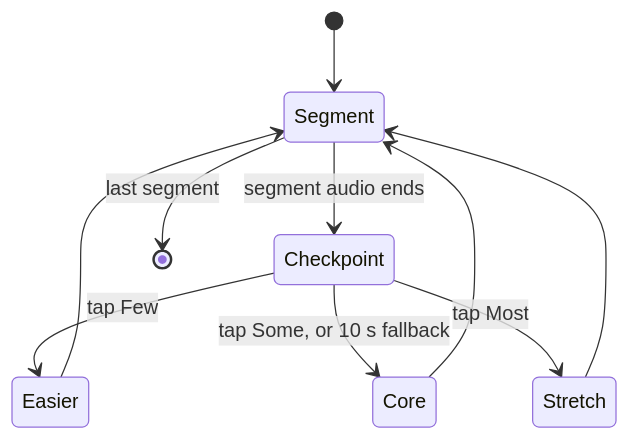
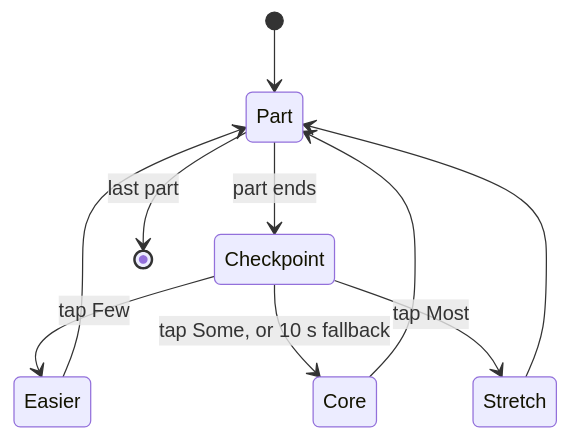
Before and after one commit to Harsha-code-per/Sahpaathi: the third of 3 diagrams in README.md, drawn with Mermaid. The commit also changed other lines of this file and 5 other files, not shown here.

````diff
--- a/README.md
+++ b/README.md
@@ -91,12 +85,12 @@
 ```mermaid
 stateDiagram-v2
-  [*] --> Segment
-  Segment --> Checkpoint: segment audio ends
+  [*] --> Part
+  Part --> Checkpoint: part ends
   Checkpoint --> Easier: tap Few
   Checkpoint --> Core: tap Some, or 10 s fallback
   Checkpoint --> Stretch: tap Most
-  Easier --> Segment
-  Core --> Segment
-  Stretch --> Segment
-  Segment --> [*]: last segment
+  Easier --> Part
+  Core --> Part
+  Stretch --> Part
+  Part --> [*]: last part
 ```
````
